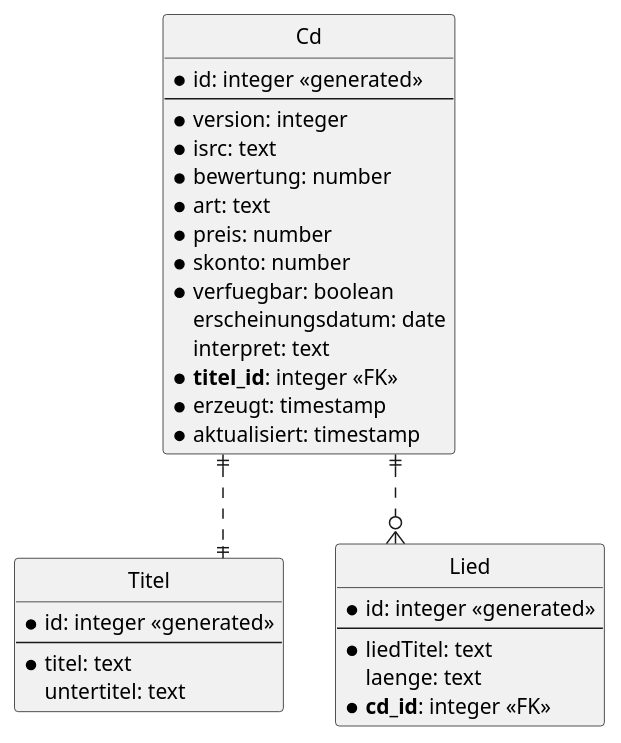
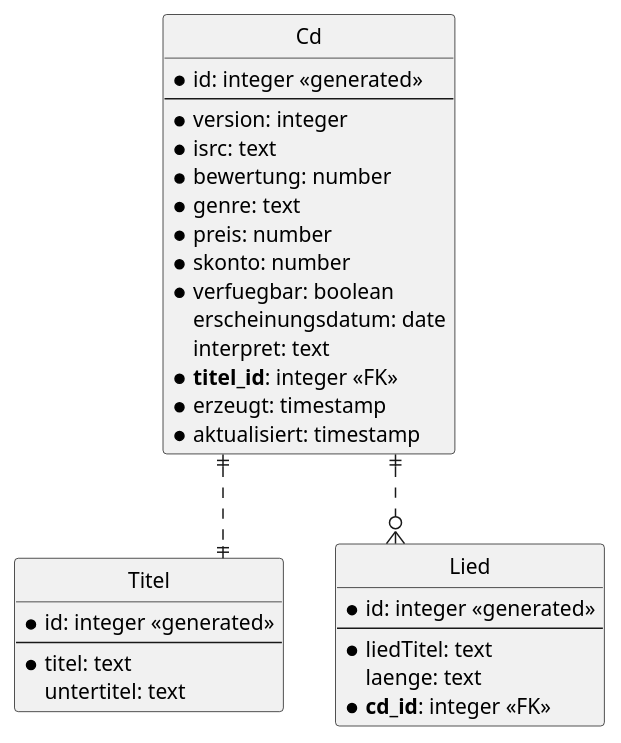
Before and after one commit to abda1014/cd: the diagram in .extras/doc/projekthandbuch/ER-Diagramm.plantuml, drawn with PlantUML. The commit also changed 39 other files, not shown here.

```diff
--- a/.extras/doc/projekthandbuch/ER-Diagramm.plantuml
+++ b/.extras/doc/projekthandbuch/ER-Diagramm.plantuml
@@ -18,46 +18,46 @@
 @startuml ER Diagramm
 
 ' hide the spot
 hide circle
 
 ' evtl. Prbleme mit Kraehenfuessen vermeiden
 skinparam linetype ortho
 
 entity "Cd" {
   * id: integer <<generated>>
   --
   * version: integer
   * isrc: text
   * bewertung: number
-  * art: text
+  * genre: text
   * preis: number
   * skonto: number
   * verfuegbar: boolean
     erscheinungsdatum: date
     interpret: text
   * **titel_id**: integer <<FK>>
   * erzeugt: timestamp
   * aktualisiert: timestamp
 }
 
 entity "Titel" {
   * id: integer <<generated>>
   --
   * titel: text
     untertitel: text
 }
 
 entity "Lied" {
   * id: integer <<generated>>
   --
   * liedTitel: text
     laenge: text
   * **cd_id**: integer <<FK>>
 }
 
 Cd ||..|| Titel
 Cd ||..o{ Lied
 
 
 
 @enduml
```
